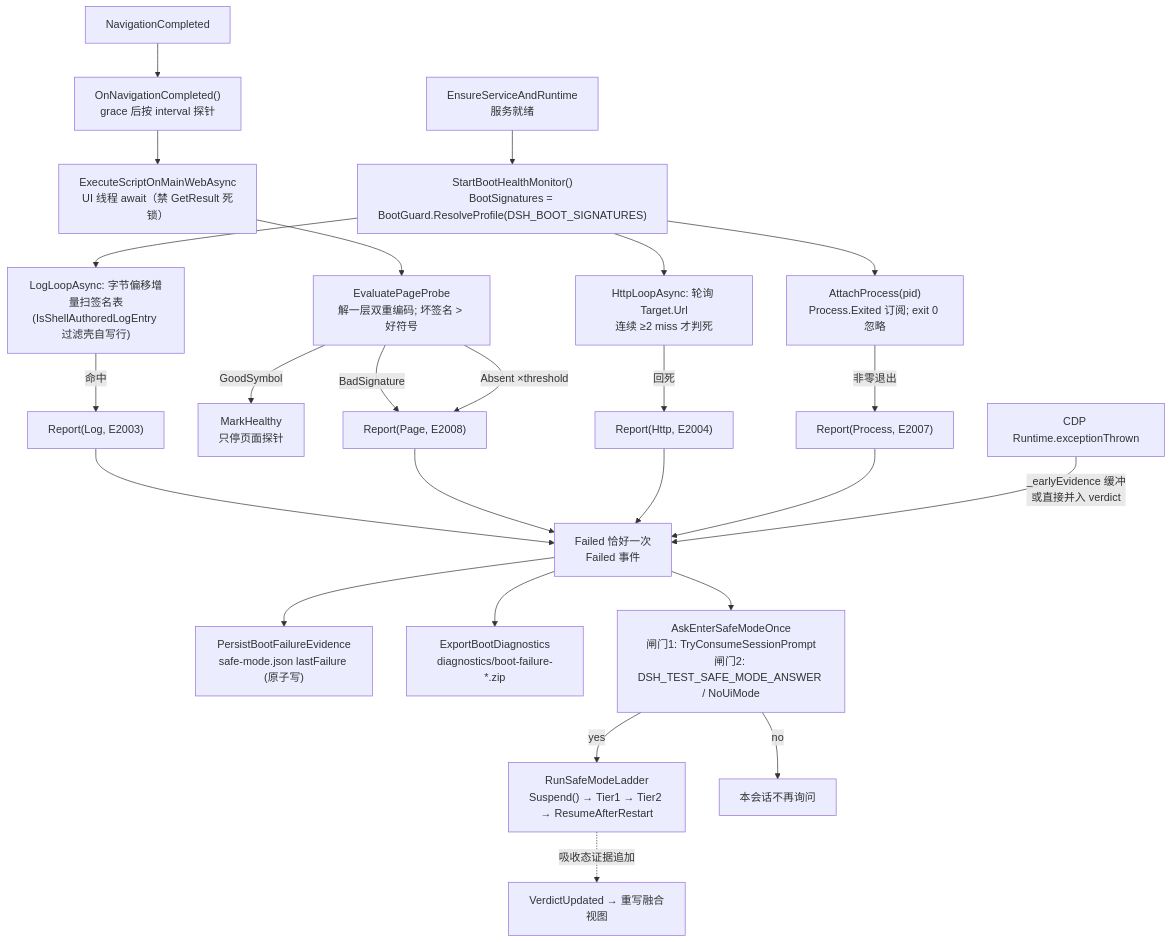
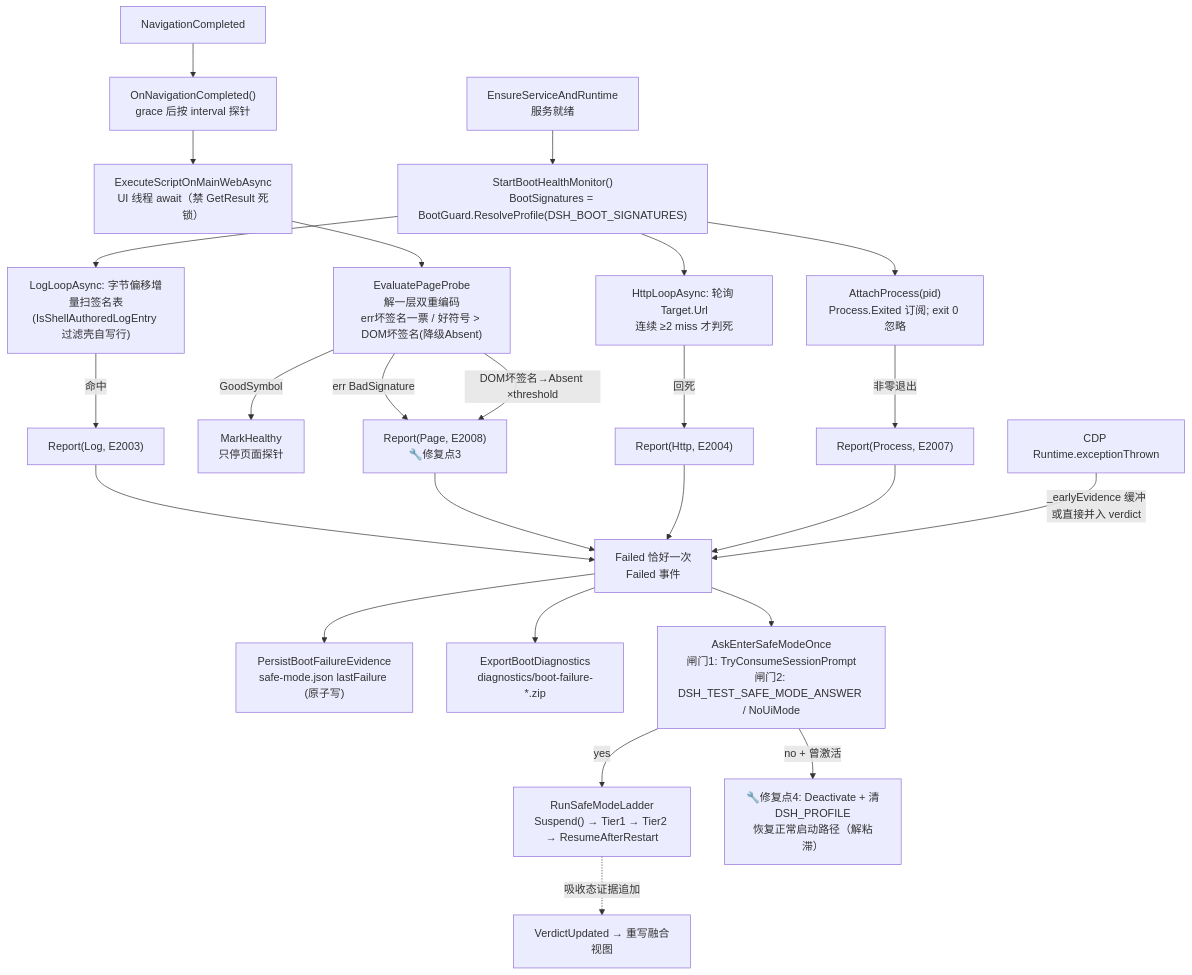
Before and after one commit to Ruler4396/dsh-launcher: the fifth of 5 diagrams in docs/SYSTEM_CAUSAL_MAP.md, drawn with Mermaid. The commit also changed other lines of this file and 14 other files, not shown here.

````diff
--- a/docs/SYSTEM_CAUSAL_MAP.md
+++ b/docs/SYSTEM_CAUSAL_MAP.md
@@ -178,24 +178,24 @@
 ```mermaid
 graph TD
     A["EnsureServiceAndRuntime<br/>服务就绪"] --> B["StartBootHealthMonitor()<br/>BootSignatures = BootGuard.ResolveProfile(DSH_BOOT_SIGNATURES)"]
     B --> C["LogLoopAsync: 字节偏移增量扫签名表<br/>(IsShellAuthoredLogEntry 过滤壳自写行)"]
     B --> D["HttpLoopAsync: 轮询 Target.Url<br/>连续 ≥2 miss 才判死"]
     B --> E["AttachProcess(pid)<br/>Process.Exited 订阅; exit 0 忽略"]
     F["NavigationCompleted"] --> G["OnNavigationCompleted()<br/>grace 后按 interval 探针"]
     G --> H["ExecuteScriptOnMainWebAsync<br/>UI 线程 await（禁 GetResult 死锁）"]
-    H --> I["EvaluatePageProbe<br/>解一层双重编码; 坏签名 > 好符号"]
-    I -->|"BadSignature"| J["Report(Page, E2008)"]
+    H --> I["EvaluatePageProbe<br/>解一层双重编码<br/>err坏签名一票 / 好符号 > DOM坏签名(降级Absent)"]
+    I -->|"err BadSignature"| J["Report(Page, E2008)<br/>🔧修复点3"]
     I -->|"GoodSymbol"| K["MarkHealthy<br/>只停页面探针"]
-    I -->|"Absent ×threshold"| J
+    I -->|"DOM坏签名→Absent ×threshold"| J
     C -->|"命中"| L["Report(Log, E2003)"]
     D -->|"回死"| M["Report(Http, E2004)"]
     E -->|"非零退出"| N["Report(Process, E2007)"]
     L & J & M & N --> O["Failed 恰好一次<br/>Failed 事件"]
     P["CDP Runtime.exceptionThrown"] -->|"_earlyEvidence 缓冲<br/>或直接并入 verdict"| O
     O --> Q["PersistBootFailureEvidence<br/>safe-mode.json lastFailure (原子写)"]
     O --> R["ExportBootDiagnostics<br/>diagnostics/boot-failure-*.zip"]
     O --> S["AskEnterSafeModeOnce<br/>闸门1: TryConsumeSessionPrompt<br/>闸门2: DSH_TEST_SAFE_MODE_ANSWER / NoUiMode"]
     S -->|"yes"| T["RunSafeModeLadder<br/>Suspend() → Tier1 → Tier2 → ResumeAfterRestart"]
-    S -->|"no"| U["本会话不再询问"]
+    S -->|"no + 曾激活"| U["🔧修复点4: Deactivate + 清DSH_PROFILE<br/>恢复正常启动路径（解粘滞）"]
     T -.->|"吸收态证据追加"| Q2["VerdictUpdated → 重写融合视图"]
 ```
````
